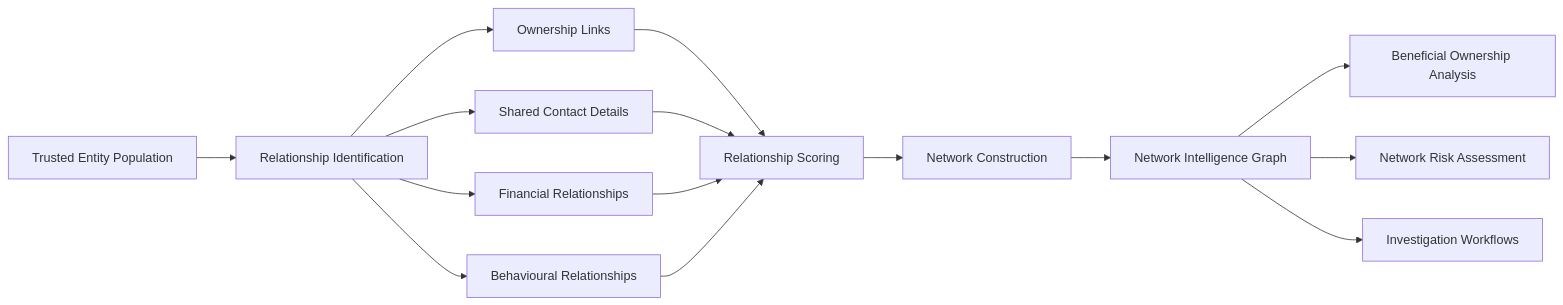
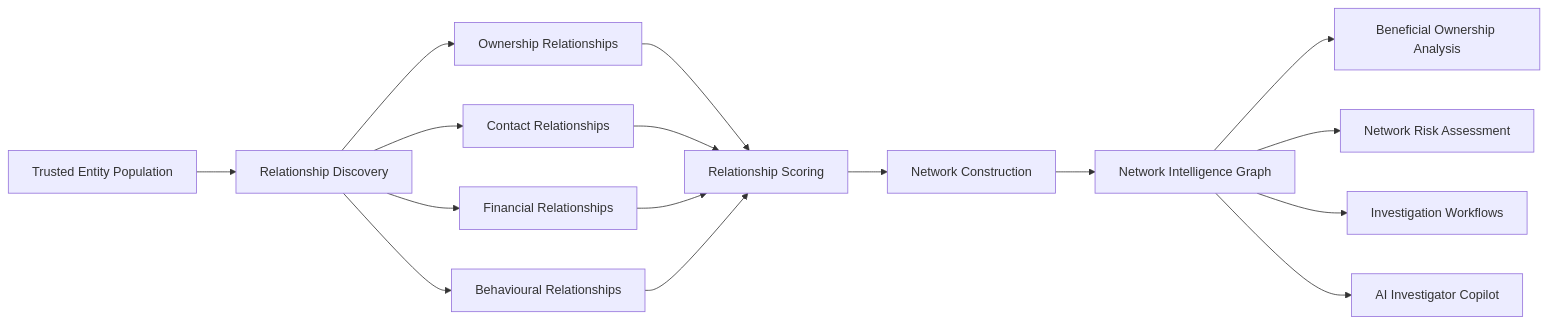
One commit to dhartwig-fc/01-fc-financial-crime-analytics-showcase changed the diagram in 01-network-intelligence/02-relationship-discovery/README.md. Above: the diagram before and after it, drawn with Mermaid. The commit also changed other lines of this file, not shown here.

````diff
--- a/01-network-intelligence/02-relationship-discovery/README.md
+++ b/01-network-intelligence/02-relationship-discovery/README.md
@@ -278,24 +68,24 @@
 ```mermaid
 flowchart LR
 
-A[Trusted Entity Population]
---> B[Relationship Identification]
+A[Trusted Entity Population] --> B[Relationship Discovery]
 
-B --> C[Ownership Links]
-B --> D[Shared Contact Details]
-B --> E[Financial Relationships]
-B --> F[Behavioural Relationships]
+B --> C1[Ownership Relationships]
+B --> C2[Contact Relationships]
+B --> C3[Financial Relationships]
+B --> C4[Behavioural Relationships]
 
-C --> G[Relationship Scoring]
-D --> G
-E --> G
-F --> G
+C1 --> D[Relationship Scoring]
+C2 --> D
+C3 --> D
+C4 --> D
 
-G --> H[Network Construction]
+D --> E[Network Construction]
 
-H --> I[Network Intelligence Graph]
+E --> F[Network Intelligence Graph]
 
-I --> J[Beneficial Ownership Analysis]
-I --> K[Network Risk Assessment]
-I --> L[Investigation Workflows]
+F --> G1[Beneficial Ownership Analysis]
+F --> G2[Network Risk Assessment]
+F --> G3[Investigation Workflows]
+F --> G4[AI Investigator Copilot]
 ```
````
